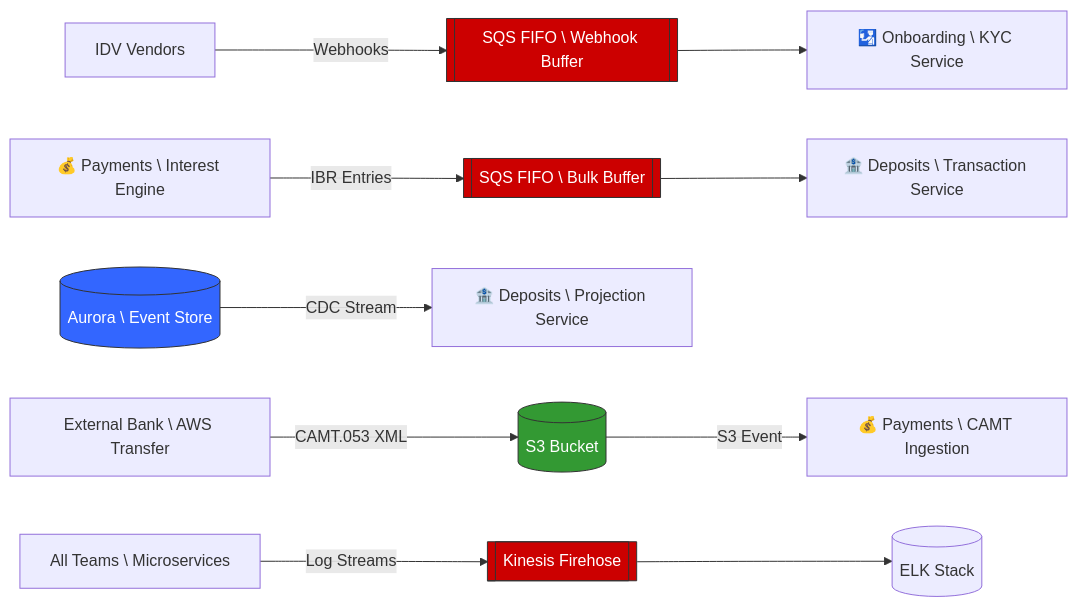
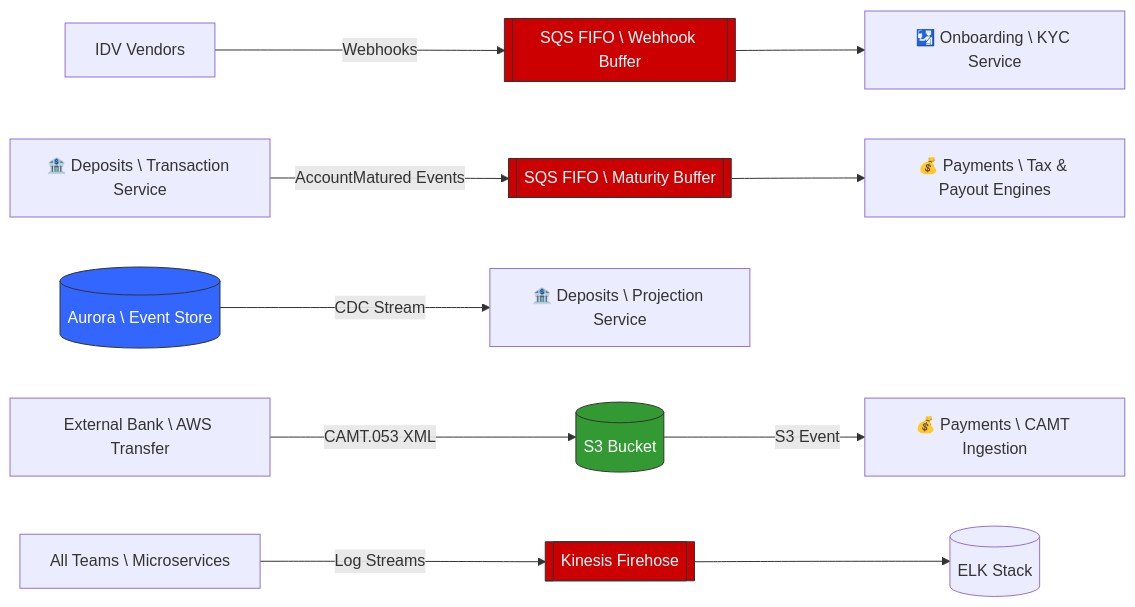
Before and after one commit to saeed-vayghan/Assignment-Fintech-Saving-Account-Private: the second of 3 diagrams in 02-requirements/07-async-messaging.md, drawn with Mermaid. The commit also changed other lines of this file and 36 other files, not shown here.

````diff
--- a/02-requirements/07-async-messaging.md
+++ b/02-requirements/07-async-messaging.md
@@ -104,28 +103,28 @@
 ```mermaid
 graph LR
     %% IDV Flow
     Vendors[IDV Vendors] -- Webhooks --> IDVQueue[[SQS FIFO \ Webhook Buffer]]
     IDVQueue --> KYCService[🛂 Onboarding \ KYC Service]
 
     %% Payout Bulk Flow
-    PaymentsInt[💰 Payments \ Interest Engine] -- IBR Entries --> BulkTransQueue[[SQS FIFO \ Bulk Buffer]]
-    BulkTransQueue --> TransProcess[🏦 Deposits \ Transaction Service]
+    PaymentsInt[🏦 Deposits \ Transaction Service] -- AccountMatured Events --> BulkTransQueue[[SQS FIFO \ Maturity Buffer]]
+    BulkTransQueue --> TransProcess[💰 Payments \ Tax & Payout Engines]
 
     %% CQRS CDC
     DB[(Aurora \ Event Store)] -- CDC Stream --> ProjService[🏦 Deposits \ Projection Service]
 
     %% CAMT Ingestion
     BankSFTP[External Bank \ AWS Transfer] -- CAMT.053 XML --> S3Bucket[(S3 Bucket)]
     S3Bucket -- S3 Event --> CAMTLambda[💰 Payments \ CAMT Ingestion]
 
     %% Central Observability
     AllApps[All Teams \ Microservices] -- Log Streams --> Firehose[[Kinesis Firehose]]
     Firehose --> ELK[(ELK Stack)]
 
     %% Styling
     style IDVQueue fill:#cc0000,stroke:#333,color:#fff
     style BulkTransQueue fill:#cc0000,stroke:#333,color:#fff
     style Firehose fill:#cc0000,stroke:#333,color:#fff
     style S3Bucket fill:#339933,stroke:#333,color:#fff
     style DB fill:#3366ff,stroke:#333,color:#fff
 ```
````
